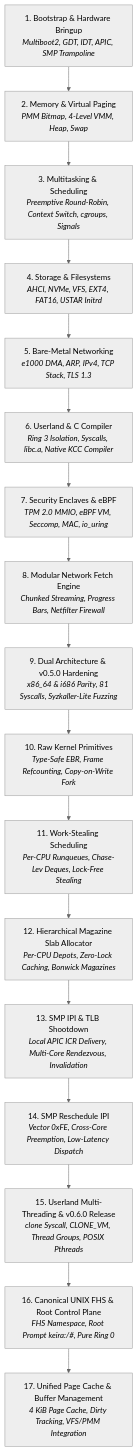
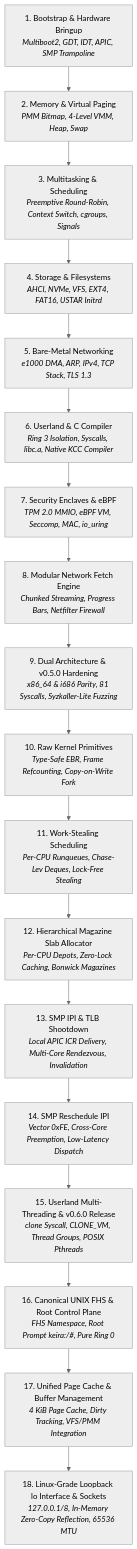
One commit to mrvlous/keira changed the diagram in docs/journey/README.md. Above: the diagram before and after it, drawn with Mermaid (neutral theme). The commit also changed other lines of this file and 1 other file, not shown here.

Commit message:
docs(journey): update milestone timeline and journey index for Milestone 18

````diff
--- a/docs/journey/README.md
+++ b/docs/journey/README.md
@@ -11,19 +11,20 @@
 ```mermaid
 graph TD
     M1["1. Bootstrap & Hardware Bringup<br/><i>Multiboot2, GDT, IDT, APIC, SMP Trampoline</i>"] --> M2["2. Memory & Virtual Paging<br/><i>PMM Bitmap, 4-Level VMM, Heap, Swap</i>"]
     M2 --> M3["3. Multitasking & Scheduling<br/><i>Preemptive Round-Robin, Context Switch, cgroups, Signals</i>"]
     M3 --> M4["4. Storage & Filesystems<br/><i>AHCI, NVMe, VFS, EXT4, FAT16, USTAR Initrd</i>"]
     M4 --> M5["5. Bare-Metal Networking<br/><i>e1000 DMA, ARP, IPv4, TCP Stack, TLS 1.3</i>"]
     M5 --> M6["6. Userland & C Compiler<br/><i>Ring 3 Isolation, Syscalls, libc.a, Native KCC Compiler</i>"]
     M6 --> M7["7. Security Enclaves & eBPF<br/><i>TPM 2.0 MMIO, eBPF VM, Seccomp, MAC, io_uring</i>"]
     M7 --> M8["8. Modular Network Fetch Engine<br/><i>Chunked Streaming, Progress Bars, Netfilter Firewall</i>"]
     M8 --> M9["9. Dual Architecture & v0.5.0 Hardening<br/><i>x86_64 & i686 Parity, 81 Syscalls, Syzkaller-Lite Fuzzing</i>"]
     M9 --> M10["10. Raw Kernel Primitives<br/><i>Type-Safe EBR, Frame Refcounting, Copy-on-Write Fork</i>"]
     M10 --> M11["11. Work-Stealing Scheduling<br/><i>Per-CPU Runqueues, Chase-Lev Deques, Lock-Free Stealing</i>"]
     M11 --> M12["12. Hierarchical Magazine Slab Allocator<br/><i>Per-CPU Depots, Zero-Lock Caching, Bonwick Magazines</i>"]
     M12 --> M13["13. SMP IPI & TLB Shootdown<br/><i>Local APIC ICR Delivery, Multi-Core Rendezvous, Invalidation</i>"]
     M13 --> M14["14. SMP Reschedule IPI<br/><i>Vector 0xFE, Cross-Core Preemption, Low-Latency Dispatch</i>"]
     M14 --> M15["15. Userland Multi-Threading & v0.6.0 Release<br/><i>clone Syscall, CLONE_VM, Thread Groups, POSIX Pthreads</i>"]
     M15 --> M16["16. Canonical UNIX FHS & Root Control Plane<br/><i>FHS Namespace, Root Prompt keira:/#, Pure Ring 0</i>"]
     M16 --> M17["17. Unified Page Cache & Buffer Management<br/><i>4 KiB Page Cache, Dirty Tracking, VFS/PMM Integration</i>"]
+    M17 --> M18["18. Linux-Grade Loopback lo Interface & Sockets<br/><i>127.0.0.1/8, In-Memory Zero-Copy Reflection, 65536 MTU</i>"]
 ```
````
